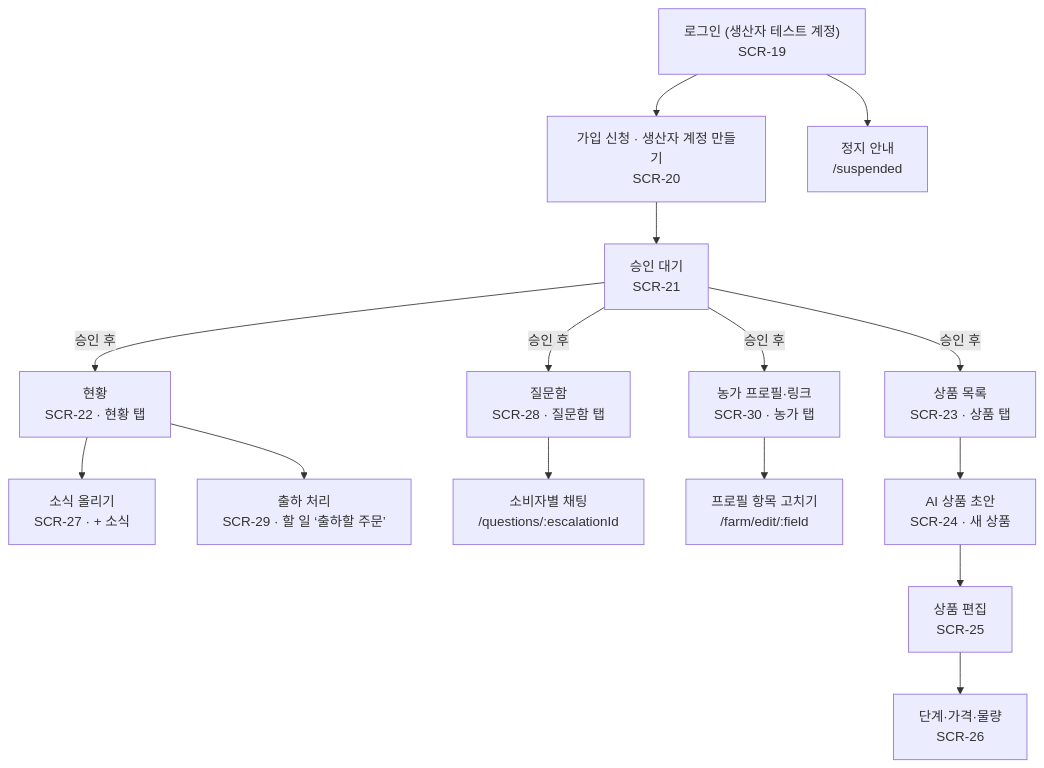
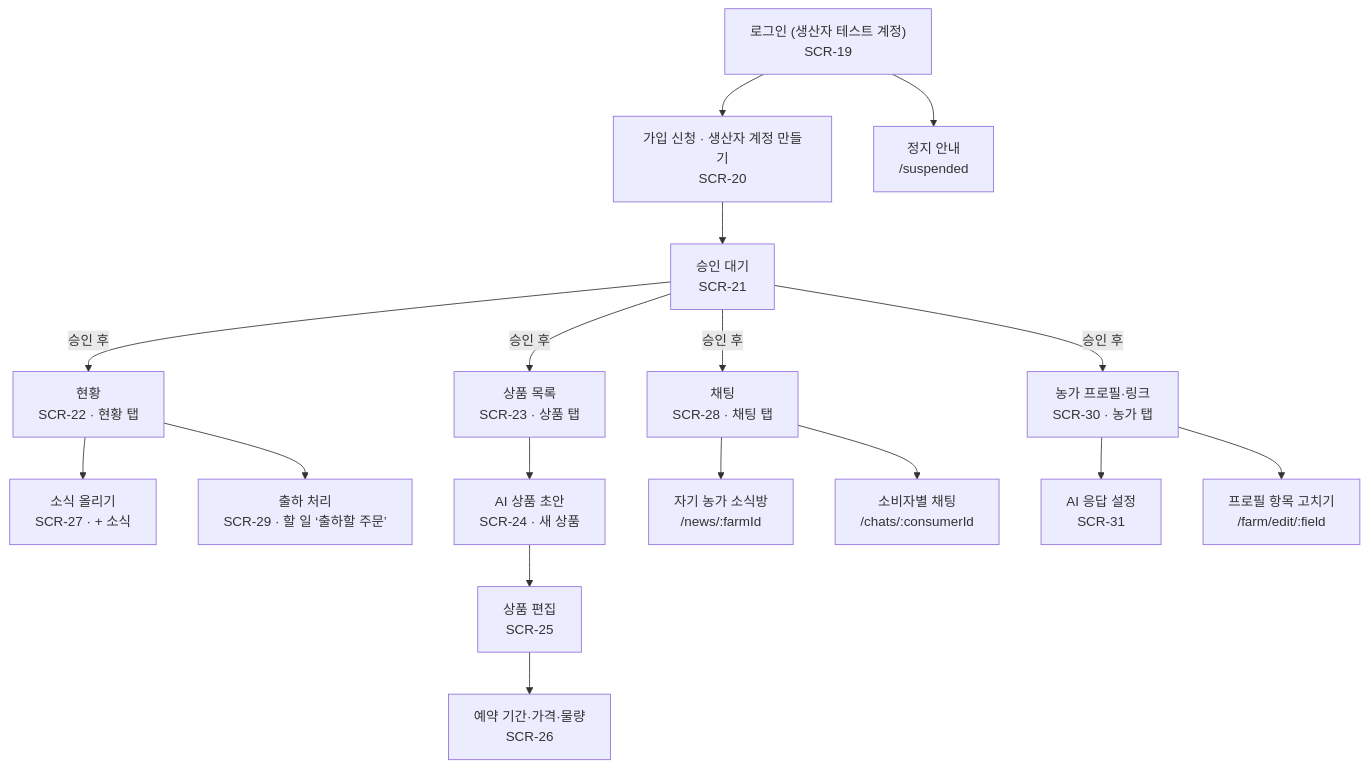
Before and after one commit to snuhcs-course/swpp-2026-project-team-06: the second of 4 diagrams in docs/spec/ia.md, drawn with Mermaid. The commit also changed other lines of this file and 28 other files, not shown here.

````diff
--- a/docs/spec/ia.md
+++ b/docs/spec/ia.md
@@ -45,14 +49,16 @@
 ```mermaid
 flowchart TD
   login["로그인 (생산자 테스트 계정)<br/>SCR-19"] --> apply["가입 신청 · 생산자 계정 만들기<br/>SCR-20"] --> pending["승인 대기<br/>SCR-21"]
   login --> suspended["정지 안내<br/>/suspended"]
   pending -- 승인 후 --> home["현황<br/>SCR-22 · 현황 탭"]
   pending -- 승인 후 --> products["상품 목록<br/>SCR-23 · 상품 탭"]
-  pending -- 승인 후 --> questions["질문함<br/>SCR-28 · 질문함 탭"]
+  pending -- 승인 후 --> questions["채팅<br/>SCR-28 · 채팅 탭"]
   pending -- 승인 후 --> farmtab["농가 프로필·링크<br/>SCR-30 · 농가 탭"]
   home --> broadcast["소식 올리기<br/>SCR-27 · + 소식"]
   home --> ship["출하 처리<br/>SCR-29 · 할 일 ‘출하할 주문’"]
-  questions --> qchat["소비자별 채팅<br/>/questions/:escalationId"]
+  questions --> room["자기 농가 소식방<br/>/news/:farmId"]
+  farmtab --> ai["AI 응답 설정<br/>SCR-31"]
+  questions --> qchat["소비자별 채팅<br/>/chats/:consumerId"]
   farmtab --> fedit["프로필 항목 고치기<br/>/farm/edit/:field"]
-  products --> draft["AI 상품 초안<br/>SCR-24 · 새 상품"] --> edit["상품 편집<br/>SCR-25"] --> stages["단계·가격·물량<br/>SCR-26"]
+  products --> draft["AI 상품 초안<br/>SCR-24 · 새 상품"] --> edit["상품 편집<br/>SCR-25"] --> stages["예약 기간·가격·물량<br/>SCR-26"]
 ```
````
